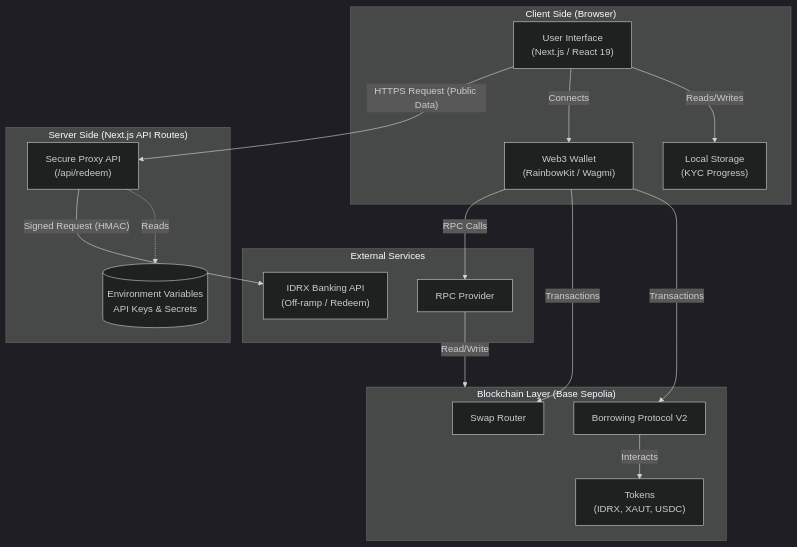
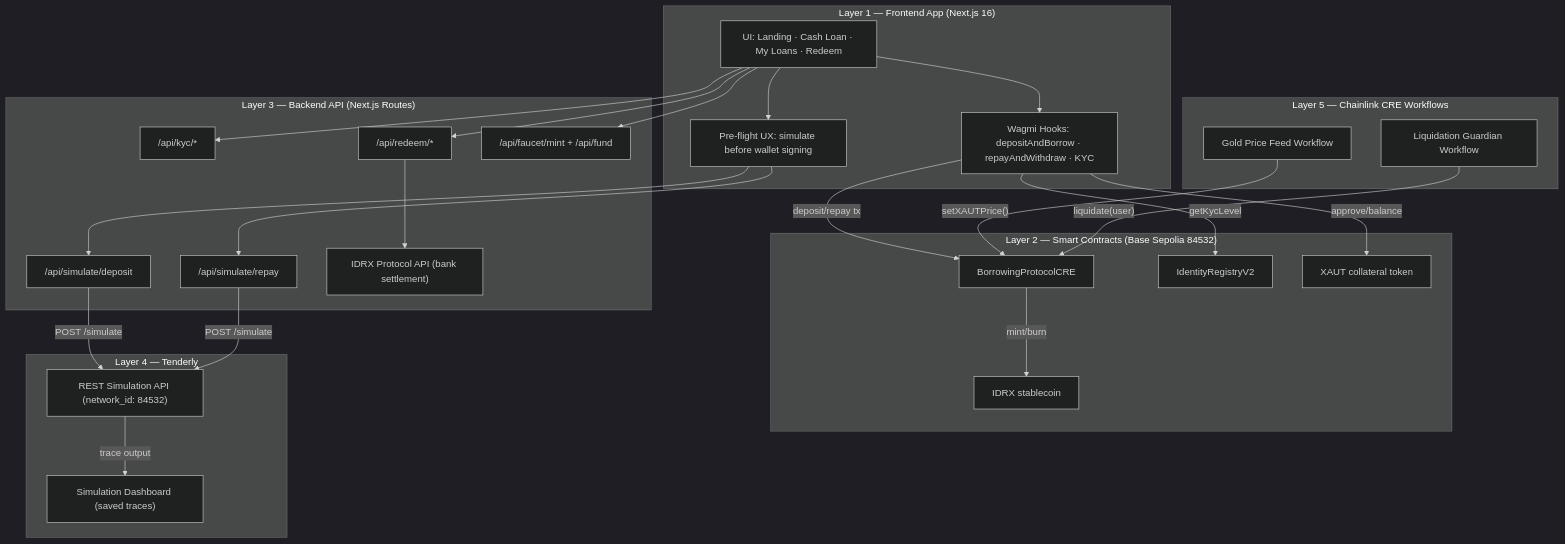
Before and after one commit to auroom-base/auroom-base-fe: the first of 6 diagrams in README.md, drawn with Mermaid (dark theme). The commit also changed other lines of this file, not shown here.

Commit message:
docs: Revamp the README.md architecture diagram to a detailed 5-layer, top-down structure.

````diff
--- a/README.md
+++ b/README.md
@@ -92,40 +100,56 @@
 ```mermaid
-graph TD
-    subgraph Client ["Client Side (Browser)"]
-        UI["User Interface <br/>(Next.js / React 19)"]
-        Store["Local Storage <br/>(KYC Progress)"]
-        Wallet["Web3 Wallet <br/>(RainbowKit / Wagmi)"]
-        
-        UI -->|Reads/Writes| Store
-        UI -->|Connects| Wallet
+graph TB
+    subgraph L1["Layer 1 — Frontend App (Next.js 16)"]
+        UI["UI: Landing · Cash Loan · My Loans · Redeem"]
+        HOOKS["Wagmi Hooks: depositAndBorrow · repayAndWithdraw · KYC"]
+        PREFLIGHT["Pre-flight UX: simulate before wallet signing"]
     end
 
-    subgraph Server ["Server Side (Next.js API Routes)"]
-        Proxy["Secure Proxy API <br/>(/api/redeem)"]
-        Secrets[("Environment Variables <br/> API Keys & Secrets")]
-        
-        Proxy -.->|Reads| Secrets
+    subgraph L2["Layer 2 — Smart Contracts (Base Sepolia 84532)"]
+        BP["BorrowingProtocolCRE"]
+        IR["IdentityRegistryV2"]
+        XAUT["XAUT collateral token"]
+        IDRX["IDRX stablecoin"]
     end
 
-    subgraph Blockchain ["Blockchain Layer (Base Sepolia)"]
-        SC_Borrow["Borrowing Protocol V2"]
-        SC_Swap["Swap Router"]
-        Tokens["Tokens <br/>(IDRX, XAUT, USDC)"]
-        
-        Wallet -->|Transactions| SC_Borrow
-        Wallet -->|Transactions| SC_Swap
-        SC_Borrow -->|Interacts| Tokens
+    subgraph L3["Layer 3 — Backend API (Next.js Routes)"]
+        SIM_D["/api/simulate/deposit"]
+        SIM_R["/api/simulate/repay"]
+        KYC["/api/kyc/*"]
+        REDEEM["/api/redeem/*"]
+        FAUCET["/api/faucet/mint + /api/fund"]
+        IDRX_API["IDRX Protocol API (bank settlement)"]
     end
 
-    subgraph External ["External Services"]
-        IDRX_API["IDRX Banking API <br/>(Off-ramp / Redeem)"]
-        RPC["RPC Provider"]
+    subgraph L4["Layer 4 — Tenderly"]
+        T_SIM["REST Simulation API (network_id: 84532)"]
+        T_DASH["Simulation Dashboard (saved traces)"]
     end
 
-    %% Flows
-    UI -->|"HTTPS Request (Public Data)"| Proxy
-    Proxy -->|"Signed Request (HMAC)"| IDRX_API
-    
-    Wallet -->|"RPC Calls"| RPC
-    RPC -->|Read/Write| Blockchain
+    subgraph L5["Layer 5 — Chainlink CRE Workflows"]
+        CRE_PF["Gold Price Feed Workflow"]
+        CRE_LG["Liquidation Guardian Workflow"]
+    end
+
+    UI --> HOOKS
+    UI --> PREFLIGHT
+    UI --> KYC
+    UI --> REDEEM
+    UI --> FAUCET
+
+    HOOKS -->|"deposit/repay tx"| BP
+    HOOKS -->|"getKycLevel"| IR
+    HOOKS -->|"approve/balance"| XAUT
+    BP -->|"mint/burn"| IDRX
+
+    PREFLIGHT --> SIM_D
+    PREFLIGHT --> SIM_R
+    SIM_D -->|"POST /simulate"| T_SIM
+    SIM_R -->|"POST /simulate"| T_SIM
+    T_SIM -->|"trace output"| T_DASH
+
+    REDEEM --> IDRX_API
+
+    CRE_PF -->|"setXAUTPrice()"| BP
+    CRE_LG -->|"liquidate(user)"| BP
 ```
````
